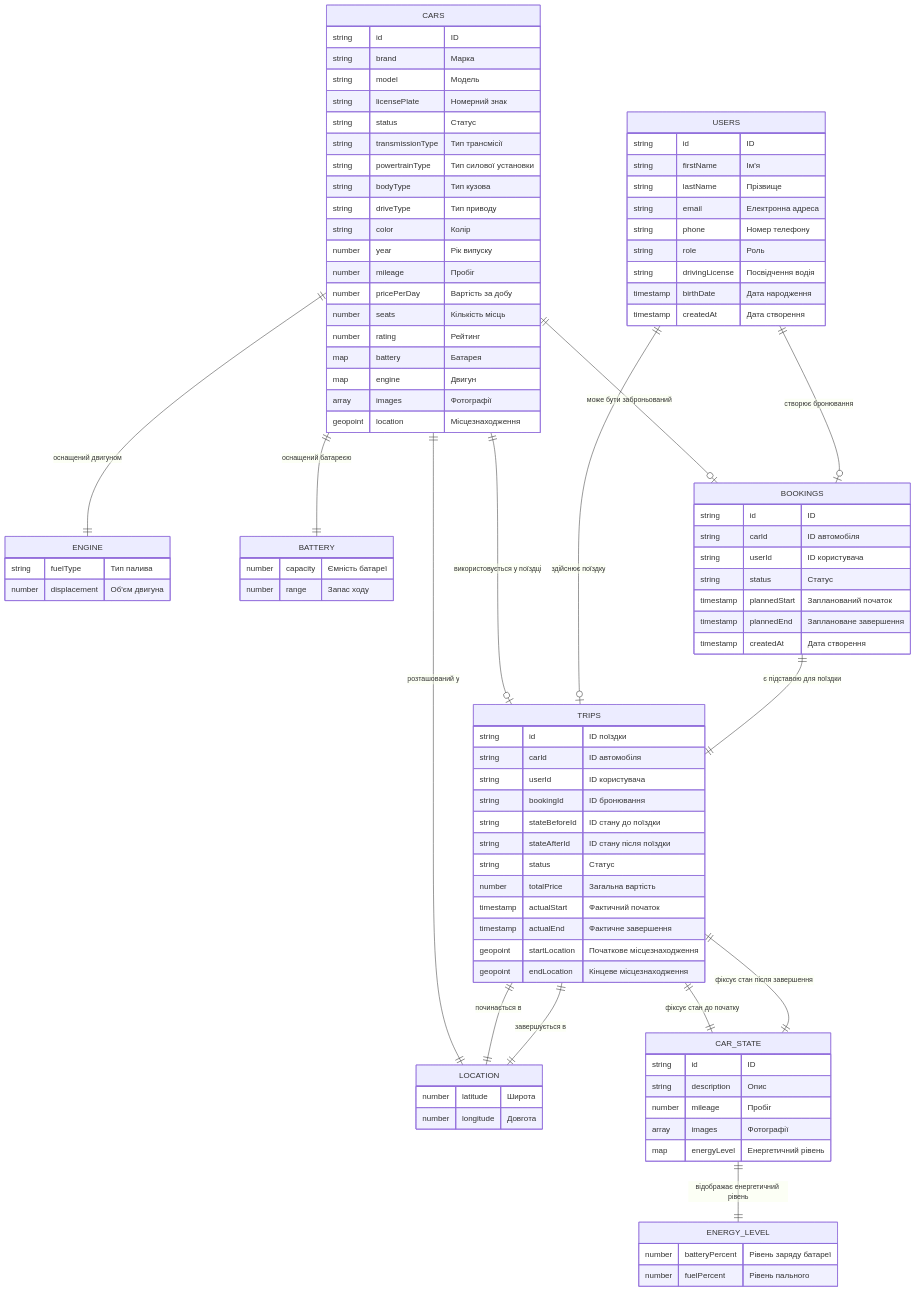
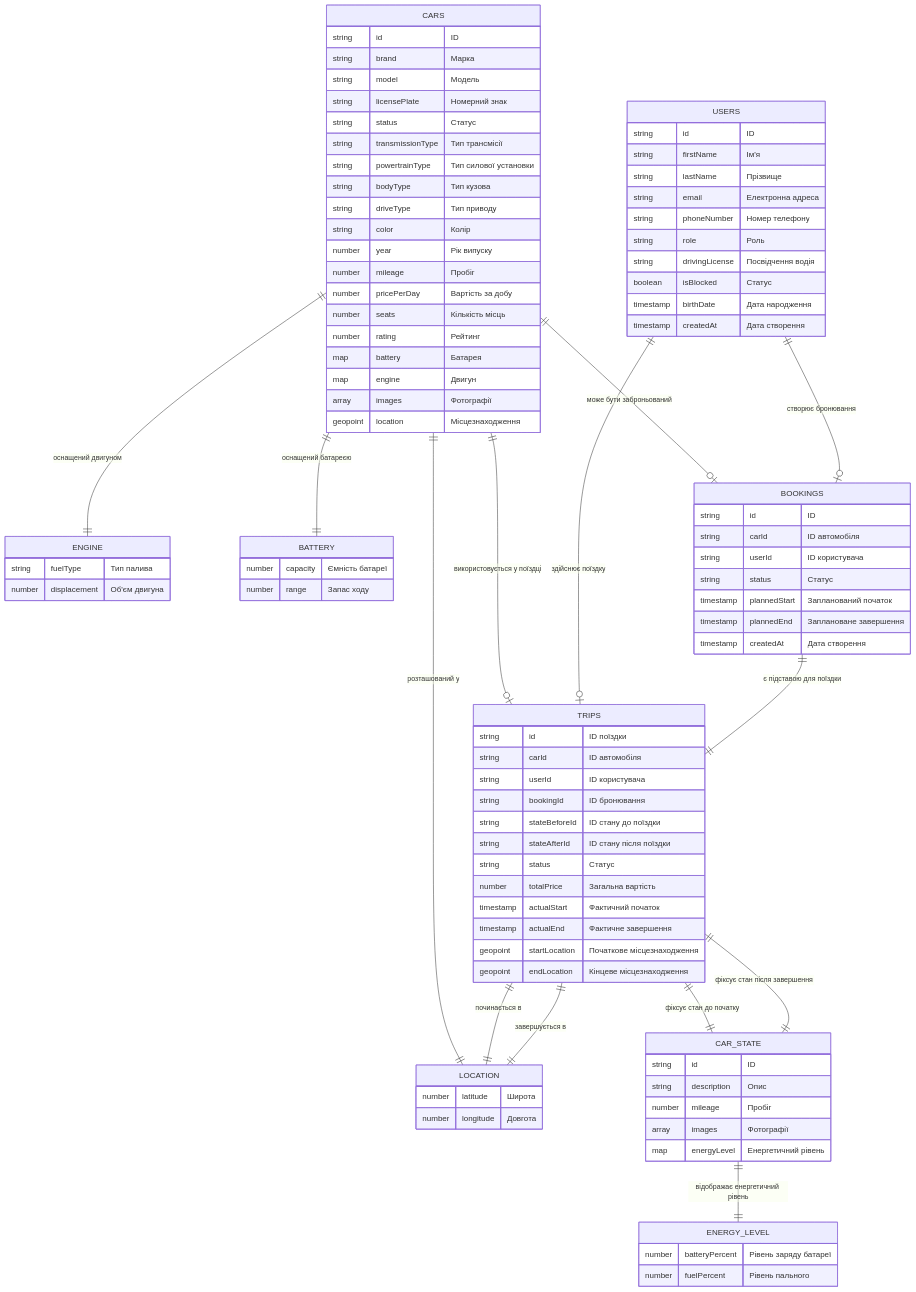
Before and after one commit to rostyslavcheremys/carsharing-admin-panel: the diagram in src/diagrams/firestoreDatabase.mmd, drawn with Mermaid. The commit also changed 43 other files, not shown here.

```diff
--- a/src/diagrams/firestoreDatabase.mmd
+++ b/src/diagrams/firestoreDatabase.mmd
@@ -1,111 +1,112 @@
 ---
 config:
   theme: default
   look: classic
 ---
 erDiagram
     CARS {
         string id "ID"
         string brand "Марка"
         string model "Модель"
         string licensePlate "Номерний знак"
         string status "Статус"
         string transmissionType "Тип трансмісії"
         string powertrainType "Тип силової установки"
         string bodyType "Тип кузова"
         string driveType "Тип приводу"
         string color "Колір"
         number year "Рік випуску"
         number mileage "Пробіг"
         number pricePerDay "Вартість за добу"
         number seats "Кількість місць"
         number rating "Рейтинг"
         map battery "Батарея"
         map engine "Двигун"
         array images "Фотографії"
         geopoint location "Місцезнаходження"
     }
 
     ENGINE {
         string fuelType "Тип палива"
         number displacement "Об'єм двигуна"
     }
 
     BATTERY {
         number capacity "Ємність батареї"
         number range "Запас ходу"
     }
 
     LOCATION {
         number latitude "Широта"
         number longitude "Довгота"
     }
 
     USERS {
         string id "ID"
         string firstName "Ім'я"
         string lastName "Прізвище"
         string email "Електронна адреса"
-        string phone "Номер телефону"
+        string phoneNumber "Номер телефону"
         string role "Роль"
         string drivingLicense "Посвідчення водія"
+        boolean isBlocked "Статус"
         timestamp birthDate "Дата народження"
         timestamp createdAt "Дата створення"
     }
 
     BOOKINGS {
         string id "ID"
         string carId "ID автомобіля"
         string userId "ID користувача"
         string status "Статус"
         timestamp plannedStart "Запланований початок"
         timestamp plannedEnd "Заплановане завершення"
         timestamp createdAt "Дата створення"
     }
 
     TRIPS {
         string id "ID поїздки"
         string carId "ID автомобіля"
         string userId "ID користувача"
         string bookingId "ID бронювання"
         string stateBeforeId "ID стану до поїздки"
         string stateAfterId "ID стану після поїздки"
         string status "Статус"
         number totalPrice "Загальна вартість"
         timestamp actualStart "Фактичний початок"
         timestamp actualEnd "Фактичне завершення"
         geopoint startLocation "Початкове місцезнаходження"
         geopoint endLocation "Кінцеве місцезнаходження"
     }
 
     CAR_STATE {
         string id "ID"
         string description "Опис"
         number mileage "Пробіг"
         array images "Фотографії"
         map energyLevel "Енергетичний рівень"
     }
 
     ENERGY_LEVEL {
         number batteryPercent "Рівень заряду батареї"
         number fuelPercent "Рівень пального"
     }
 
     CARS ||--|| ENGINE : "оснащений двигуном"
     CARS ||--|| BATTERY : "оснащений батареєю"
     CARS ||--|| LOCATION : "розташований у"
 
     CARS ||--o| BOOKINGS : "може бути заброньований"
     CARS ||--o| TRIPS : "використовується у поїздці"
 
     USERS ||--o| BOOKINGS : "створює бронювання"
     USERS ||--o| TRIPS : "здійснює поїздку"
 
     BOOKINGS ||--|| TRIPS : "є підставою для поїздки"
 
     TRIPS ||--|| CAR_STATE : "фіксує стан до початку"
     TRIPS ||--|| CAR_STATE : "фіксує стан після завершення"
     TRIPS ||--|| LOCATION : "починається в"
     TRIPS ||--|| LOCATION : "завершується в"
 
     CAR_STATE ||--|| ENERGY_LEVEL : "відображає енергетичний рівень"
```
